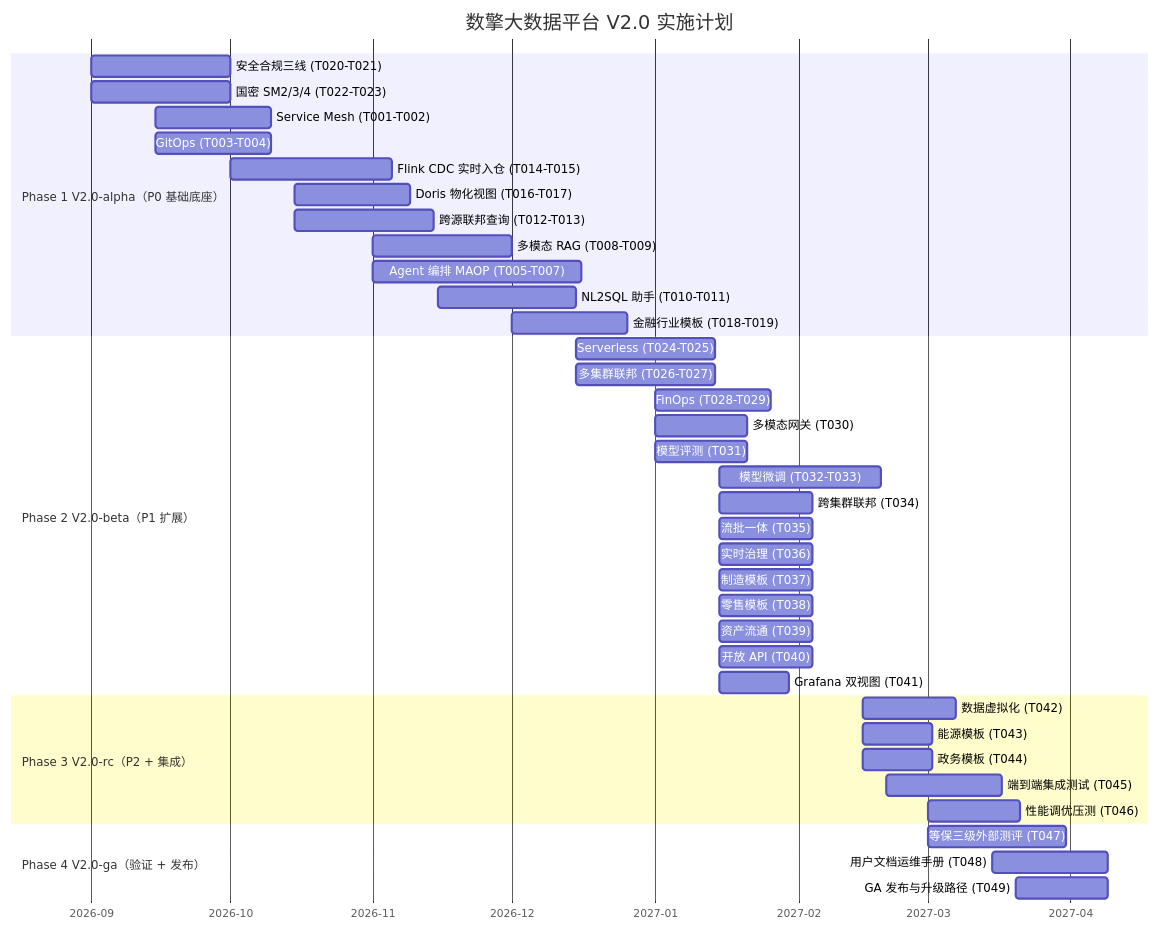
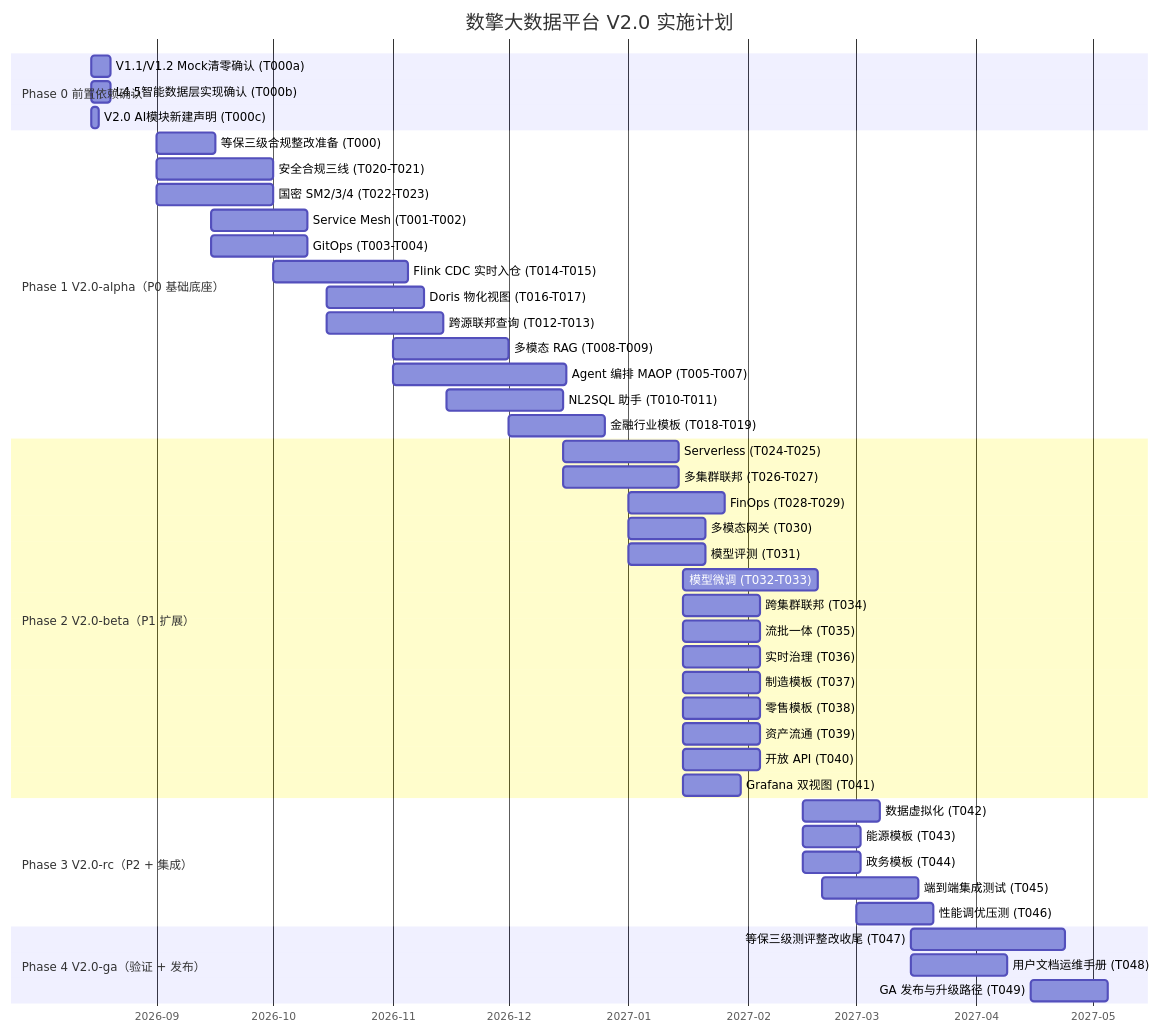
The first of 3 diagrams in design/v2.0/V2.0_实施计划.md (Levango7/DataEngineBDP), drawn with Mermaid before and after one commit. The commit also changed other lines of this file and 11 other files, not shown here.

````diff
--- a/design/v2.0/V2.0_实施计划.md
+++ b/design/v2.0/V2.0_实施计划.md
@@ -31,47 +32,53 @@
 ```mermaid
 gantt
     title 数擎大数据平台 V2.0 实施计划
     dateFormat YYYY-MM-DD
     axisFormat %Y-%m
 
+    section Phase 0 前置依赖确认
+    V1.1/V1.2 Mock清零确认 (T000a)   :p0a, 2026-08-15, 5d
+    L4.5智能数据层实现确认 (T000b)   :p0b, 2026-08-15, 5d
+    V2.0 AI模块新建声明 (T000c)      :p0c, 2026-08-15, 2d
+
     section Phase 1 V2.0-alpha（P0 基础底座）
+    等保三级合规整改准备 (T000)      :p1z, 2026-09-01, 15d
     安全合规三线 (T020-T021)       :p1a, 2026-09-01, 30d
     国密 SM2/3/4 (T022-T023)       :p1b, 2026-09-01, 30d
     Service Mesh (T001-T002)       :p1c, 2026-09-15, 25d
     GitOps (T003-T004)             :p1d, 2026-09-15, 25d
     Flink CDC 实时入仓 (T014-T015) :p1e, 2026-10-01, 35d
     Doris 物化视图 (T016-T017)     :p1f, 2026-10-15, 25d
     跨源联邦查询 (T012-T013)       :p1g, 2026-10-15, 30d
     多模态 RAG (T008-T009)         :p1h, 2026-11-01, 30d
     Agent 编排 MAOP (T005-T007)    :p1i, 2026-11-01, 45d
     NL2SQL 助手 (T010-T011)        :p1j, 2026-11-15, 30d
     金融行业模板 (T018-T019)       :p1k, 2026-12-01, 25d
 
     section Phase 2 V2.0-beta（P1 扩展）
     Serverless (T024-T025)         :p2a, 2026-12-15, 30d
     多集群联邦 (T026-T027)         :p2b, 2026-12-15, 30d
     FinOps (T028-T029)             :p2c, 2027-01-01, 25d
     多模态网关 (T030)              :p2d, 2027-01-01, 20d
     模型评测 (T031)                :p2e, 2027-01-01, 20d
     模型微调 (T032-T033)           :p2f, 2027-01-15, 35d
     跨集群联邦 (T034)              :p2g, 2027-01-15, 20d
     流批一体 (T035)                :p2h, 2027-01-15, 20d
     实时治理 (T036)                :p2i, 2027-01-15, 20d
     制造模板 (T037)                :p2j, 2027-01-15, 20d
     零售模板 (T038)                :p2k, 2027-01-15, 20d
     资产流通 (T039)                :p2l, 2027-01-15, 20d
     开放 API (T040)                :p2m, 2027-01-15, 20d
     Grafana 双视图 (T041)          :p2n, 2027-01-15, 15d
 
     section Phase 3 V2.0-rc（P2 + 集成）
     数据虚拟化 (T042)              :p3a, 2027-02-15, 20d
     能源模板 (T043)                :p3b, 2027-02-15, 15d
     政务模板 (T044)                :p3c, 2027-02-15, 15d
     端到端集成测试 (T045)          :p3d, 2027-02-20, 25d
     性能调优压测 (T046)            :p3e, 2027-03-01, 20d
 
     section Phase 4 V2.0-ga（验证 + 发布）
-    等保三级外部测评 (T047)        :p4a, 2027-03-01, 30d
+    等保三级测评整改收尾 (T047)    :p4a, 2027-03-15, 40d
     用户文档运维手册 (T048)        :p4b, 2027-03-15, 25d
-    GA 发布与升级路径 (T049)       :p4c, 2027-03-20, 20d
+    GA 发布与升级路径 (T049)       :p4c, 2027-04-15, 20d
 ```
````
